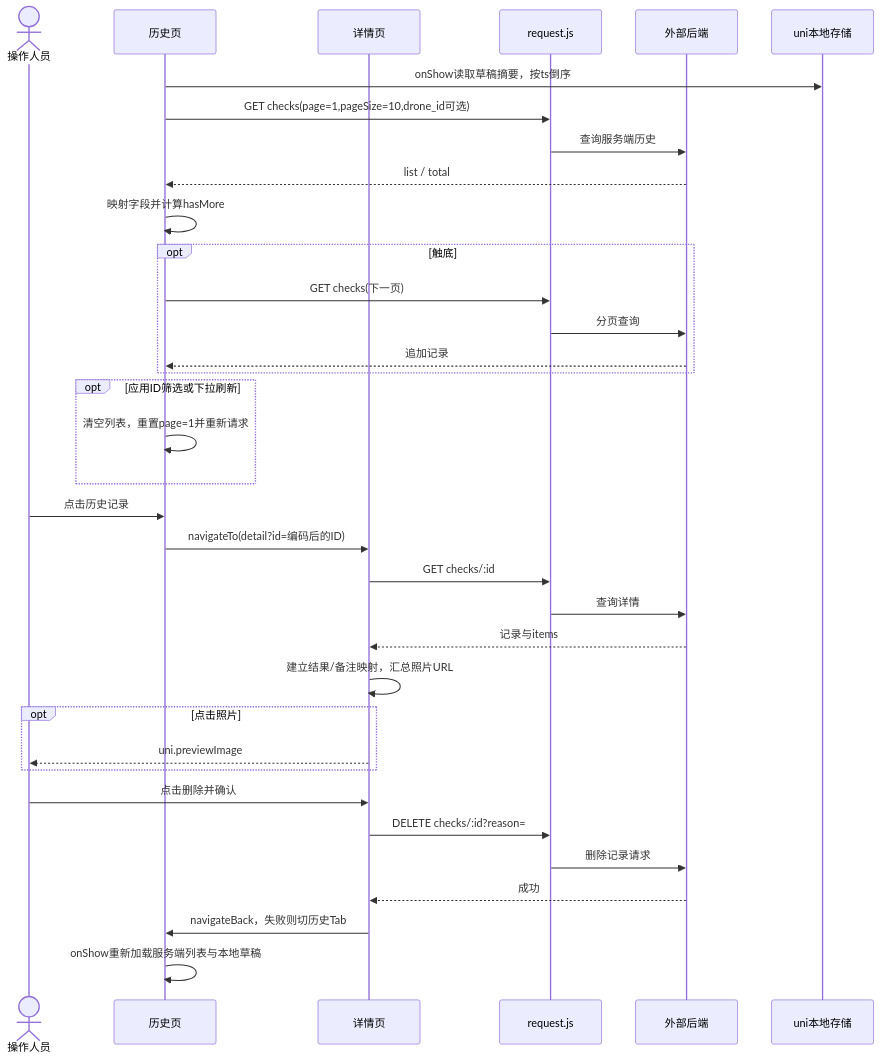
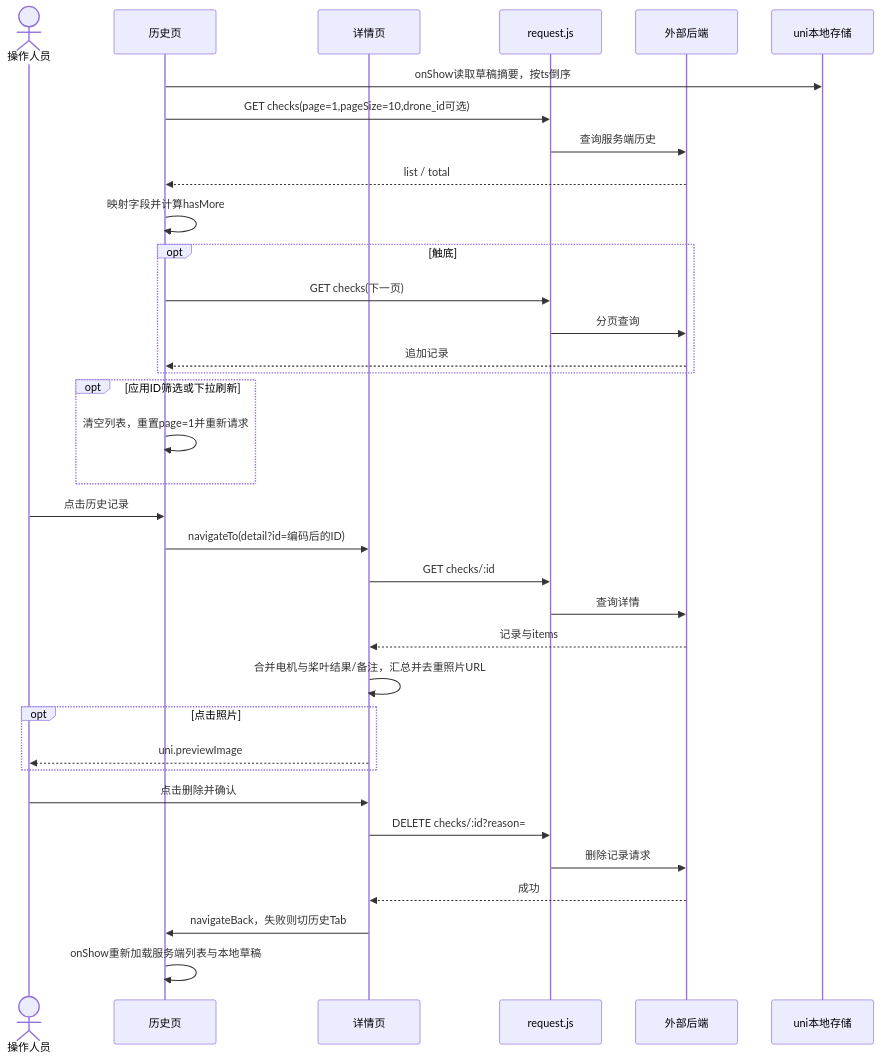
Before and after one commit to Vairsly/A2ZAPP: the seventh of 7 diagrams in doc/03-interactions.md, drawn with Mermaid. The commit also changed other lines of this file and 12 other files, not shown here.

````diff
--- a/doc/03-interactions.md
+++ b/doc/03-interactions.md
@@ -285,37 +286,37 @@
 ```mermaid
 sequenceDiagram
     actor U as 操作人员
     participant H as 历史页
     participant D as 详情页
     participant R as request.js
     participant B as 外部后端
     participant K as uni本地存储
     H->>K: onShow读取草稿摘要，按ts倒序
     H->>R: GET checks(page=1,pageSize=10,drone_id可选)
     R->>B: 查询服务端历史
     B-->>H: list / total
     H->>H: 映射字段并计算hasMore
     opt 触底
         H->>R: GET checks(下一页)
         R->>B: 分页查询
         B-->>H: 追加记录
     end
     opt 应用ID筛选或下拉刷新
         H->>H: 清空列表，重置page=1并重新请求
     end
     U->>H: 点击历史记录
     H->>D: navigateTo(detail?id=编码后的ID)
     D->>R: GET checks/:id
     R->>B: 查询详情
     B-->>D: 记录与items
-    D->>D: 建立结果/备注映射，汇总照片URL
+    D->>D: 合并电机与桨叶结果/备注，汇总并去重照片URL
     opt 点击照片
         D-->>U: uni.previewImage
     end
     U->>D: 点击删除并确认
     D->>R: DELETE checks/:id?reason=
     R->>B: 删除记录请求
     B-->>D: 成功
     D->>H: navigateBack，失败则切历史Tab
     H->>H: onShow重新加载服务端列表与本地草稿
 ```
````
